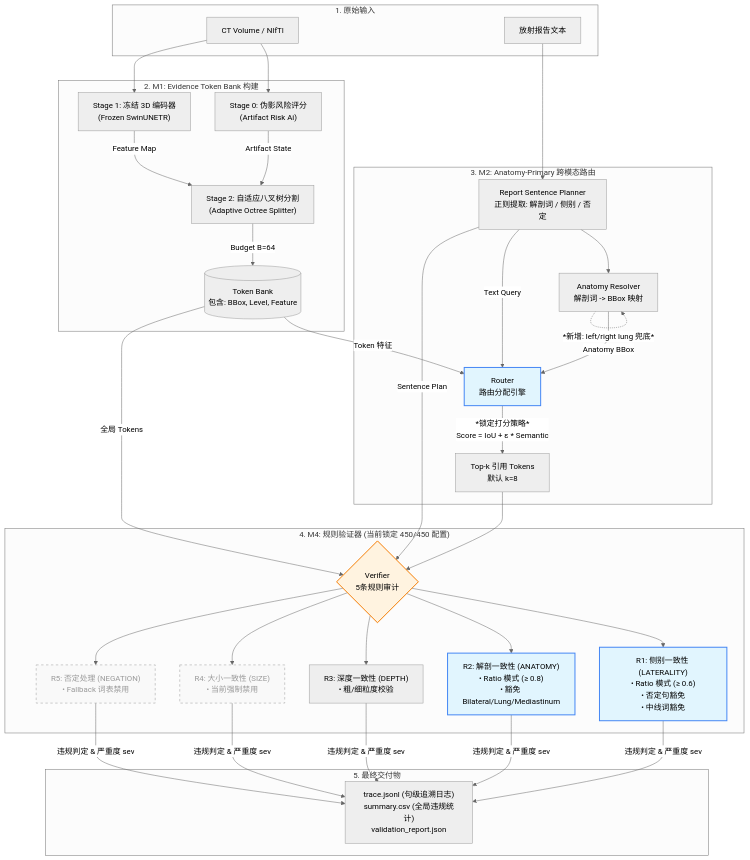
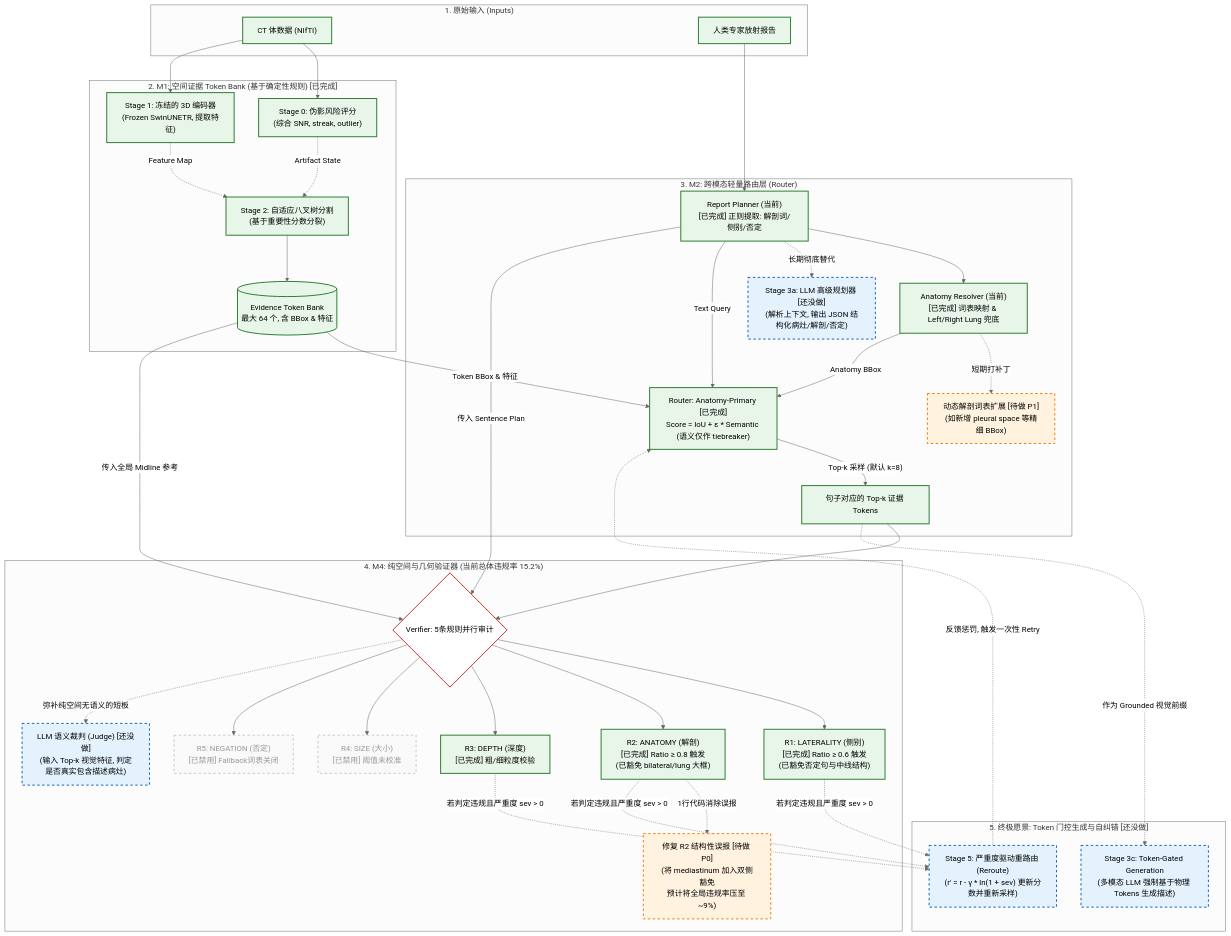
The diagram in PROJECT_REPORT_CN.md (Ricardo-ChenTY/ProveTok_ACM), drawn with Mermaid (neutral theme) before and after one commit. The commit also changed other lines of this file, not shown here.

Commit message:
Update system architecture overview and diagrams

````diff
--- a/PROJECT_REPORT_CN.md
+++ b/PROJECT_REPORT_CN.md
@@ -22,62 +22,76 @@
 ```mermaid
 graph TD
+    classDef done fill:#e8f5e9,stroke:#2e7d32,stroke-width:2px;
+    classDef todo fill:#fff3e0,stroke:#f57c00,stroke-width:2px,stroke-dasharray: 5 5;
+    classDef future fill:#e3f2fd,stroke:#1565c0,stroke-width:2px,stroke-dasharray: 5 5;
     classDef disabled fill:#f9f9f9,stroke:#999,stroke-dasharray: 5 5,color:#999;
-    classDef highlight fill:#e1f5fe,stroke:#4285f4,stroke-width:2px;
-    classDef core fill:#fff3e0,stroke:#f57c00,stroke-width:2px;
+    classDef highlight fill:#fff,stroke:#d32f2f,stroke-width:2px;
 
-    subgraph Inputs ["1. 原始输入"]
-        V["CT Volume / NIfTI"]
-        R["放射报告文本"]
+    subgraph Inputs ["1. 原始输入 (Inputs)"]
+        V["CT 体数据 (NIfTI)"]:::done
+        R["人类专家放射报告"]:::done
     end
 
-    subgraph Stage0_2 ["2. M1: Evidence Token Bank 构建"]
-        S0["Stage 0: 伪影风险评分<br/>(Artifact Risk Ai)"]
-        S1["Stage 1: 冻结 3D 编码器<br/>(Frozen SwinUNETR)"]
-        S2["Stage 2: 自适应八叉树分割<br/>(Adaptive Octree Splitter)"]
-        
+    subgraph Stage0_2 ["2. M1: 空间证据 Token Bank (基于确定性规则) [已完成]"]
+        S0["Stage 0: 伪影风险评分<br/>(综合 SNR, streak, outlier)"]:::done
+        S1["Stage 1: 冻结的 3D 编码器<br/>(Frozen SwinUNETR, 提取特征)"]:::done
+        S2["Stage 2: 自适应八叉树分割<br/>(基于重要性分数分裂)"]:::done
+        TB[("Evidence Token Bank<br/>最大 64 个, 含 BBox & 特征")]:::done
+
         V --> S0 & S1
-        S0 -->|"Artifact State"| S2
-        S1 -->|"Feature Map"| S2
-        S2 -->|"Budget B=64"| TB[("Token Bank<br/>包含: BBox, Level, Feature")]
+        S0 -.->|"Artifact State"| S2
+        S1 -.->|"Feature Map"| S2
+        S2 --> TB
     end
 
-    subgraph Stage3 ["3. M2: Anatomy-Primary 跨模态路由"]
-        P["Report Sentence Planner<br/>正则提取: 解剖词 / 侧别 / 否定"]
-        AR["Anatomy Resolver<br/>解剖词 -> BBox 映射"]
-        RT["Router<br/>路由分配引擎"]
+    subgraph Stage3 ["3. M2: 跨模态轻量路由层 (Router)"]
+        P["Report Planner (当前)<br/>[已完成] 正则提取: 解剖词/侧别/否定"]:::done
+        AR["Anatomy Resolver (当前)<br/>[已完成] 词表映射 & Left/Right Lung 兜底"]:::done
         
+        LLM_P["Stage 3a: LLM 高级规划器 [还没做]<br/>(解析上下文, 输出 JSON 结构化病灶/解剖/否定)"]:::future
+        FixR1["动态解剖词表扩展 [待做 P1]<br/>(如新增 pleural space 等精细 BBox)"]:::todo
+
+        RT["Router: Anatomy-Primary [已完成]<br/>Score = IoU + ε * Semantic (语义仅作 tiebreaker)"]:::done
+
         R --> P
         P --> AR
-        AR -.->|"*新增: left/right lung 兜底*"| AR
-        
+        AR -.->|"短期打补丁"| FixR1
+        P -.->|"长期彻底替代"| LLM_P
+
         P -->|"Text Query"| RT
         AR -->|"Anatomy BBox"| RT
-        TB -->|"Token 特征"| RT
+        TB -->|"Token BBox & 特征"| RT
         
-        RT -->|"*锁定打分策略*<br/>Score = IoU + ε * Semantic"| TKT["Top-k 引用 Tokens<br/>默认 k=8"]
-        class RT highlight
+        RT -->|"Top-k 采样 (默认 k=8)"| TKT["句子对应的 Top-k 证据 Tokens"]:::done
     end
 
-    subgraph Stage4 ["4. M4: 规则验证器 (当前锁定 450/450 配置)"]
-        VF{"Verifier<br/>5条规则审计"}
-        R1["R1: 侧别一致性 (LATERALITY)<br/>• Ratio 模式 (≥ 0.6)<br/>• 否定句豁免<br/>• 中线词豁免"]
-        R2["R2: 解剖一致性 (ANATOMY)<br/>• Ratio 模式 (≥ 0.8)<br/>• 豁免 Bilateral/Lung/Mediastinum"]
-        R3["R3: 深度一致性 (DEPTH)<br/>• 粗/细粒度校验"]
-        R4["R4: 大小一致性 (SIZE)<br/>• 当前强制禁用"]:::disabled
-        R5["R5: 否定处理 (NEGATION)<br/>• Fallback 词表禁用"]:::disabled
+    subgraph Stage4 ["4. M4: 纯空间与几何验证器 (当前总体违规率 15.2%)"]
+        VF{"Verifier: 5条规则并行审计"}:::highlight
         
+        R1["R1: LATERALITY (侧别)<br/>[已完成] Ratio ≥ 0.6 触发<br/>(已豁免否定句与中线结构)"]:::done
+        R2["R2: ANATOMY (解剖)<br/>[已完成] Ratio ≥ 0.8 触发<br/>(已豁免 bilateral/lung 大框)"]:::done
+        R3["R3: DEPTH (深度)<br/>[已完成] 粗/细粒度校验"]:::done
+        R4["R4: SIZE (大小)<br/>[已禁用] 阈值未校准"]:::disabled
+        R5["R5: NEGATION (否定)<br/>[已禁用] Fallback词表关闭"]:::disabled
+
+        FixR2["修复 R2 结构性误报 [待做 P0]<br/>(将 mediastinum 加入双侧豁免<br/>预计将全局违规率压至 ~9%)"]:::todo
+        LLM_J["LLM 语义裁判 (Judge) [还没做]<br/>(输入 Top-k 视觉特征, 判定是否真实包含描述病灶)"]:::future
+
         TKT --> VF
-        P -->|"Sentence Plan"| VF
-        TB -->|"全局 Tokens"| VF
-        
+        P -->|"传入 Sentence Plan"| VF
+        TB -->|"传入全局 Midline 参考"| VF
+
         VF --> R1 & R2 & R3 & R4 & R5
-        class VF core
-        class R1,R2 highlight
+        R2 -.->|"1行代码消除误报"| FixR2
+        VF -.->|"弥补纯空间无语义的短板"| LLM_J
     end
 
-    subgraph Outputs ["5. 最终交付物"]
-        OUT["trace.jsonl (句级追溯日志)<br/>summary.csv (全局违规统计)<br/>validation_report.json"]
+    subgraph Stage5 ["5. 终极愿景: Token 门控生成与自纠错 [还没做]"]
+        TG["Stage 3c: Token-Gated Generation<br/>(多模态 LLM 强制基于物理 Tokens 生成描述)"]:::future
+        SR["Stage 5: 严重度驱动重路由 (Reroute)<br/>(r' = r - γ * ln(1 + sev) 更新分数并重新采样)"]:::future
     end
 
-    R1 & R2 & R3 & R4 & R5 -->|"违规判定 & 严重度 sev"| OUT
+    R1 & R2 & R3 -.->|"若判定违规且严重度 sev > 0"| SR
+    SR -.->|"反馈惩罚, 触发一次性 Retry"| RT
+    TKT -.->|"作为 Grounded 视觉前缀"| TG
 ```
````
